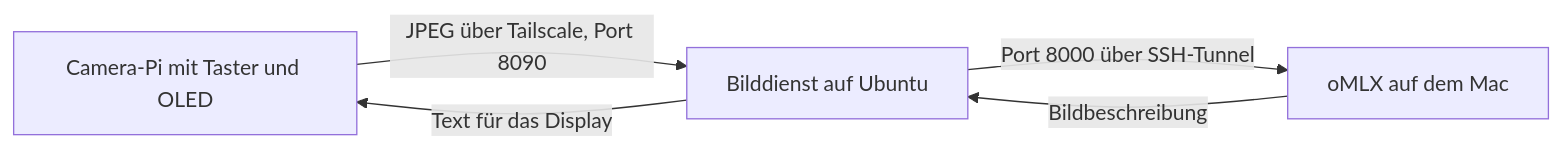
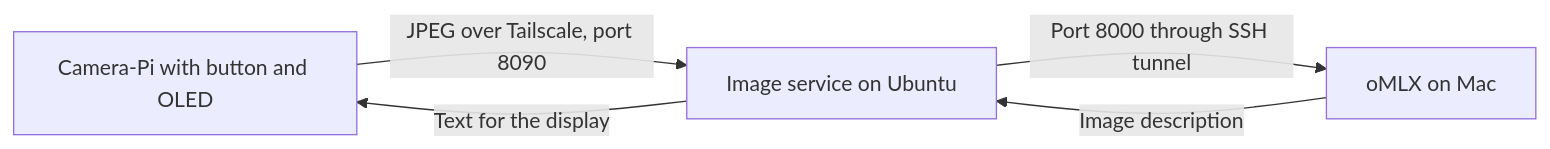
Before and after one commit to lennygujer/Camera-Pi: the diagram in README.md, drawn with Mermaid. The commit also changed other lines of this file, not shown here.

````diff
--- a/README.md
+++ b/README.md
@@ -9,7 +9,7 @@
 ```mermaid
 flowchart LR
-    Pi[Camera-Pi mit Taster und OLED] -->|JPEG über Tailscale, Port 8090| Ubuntu[Bilddienst auf Ubuntu]
-    Ubuntu -->|Port 8000 über SSH-Tunnel| Mac[oMLX auf dem Mac]
-    Mac -->|Bildbeschreibung| Ubuntu
-    Ubuntu -->|Text für das Display| Pi
+    Pi[Camera-Pi with button and OLED] -->|JPEG over Tailscale, port 8090| Ubuntu[Image service on Ubuntu]
+    Ubuntu -->|Port 8000 through SSH tunnel| Mac[oMLX on Mac]
+    Mac -->|Image description| Ubuntu
+    Ubuntu -->|Text for the display| Pi
 ```
````
